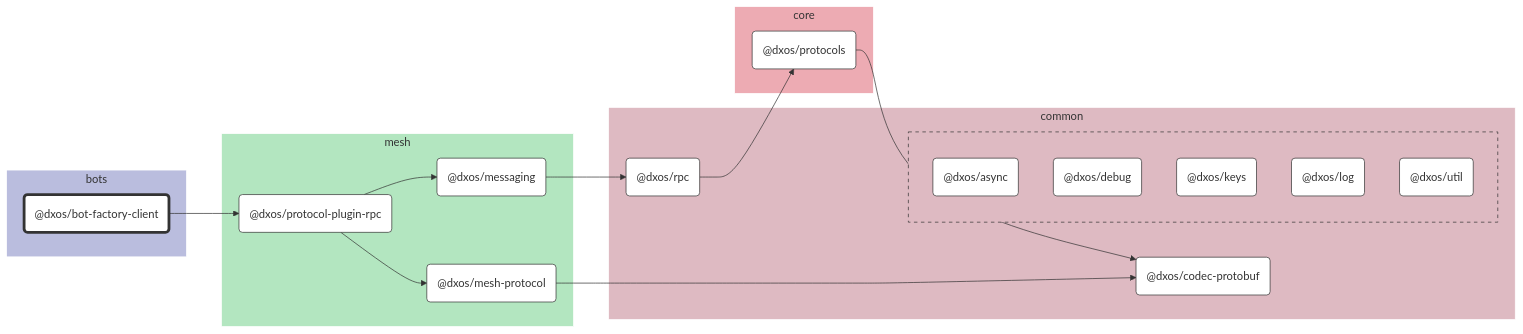
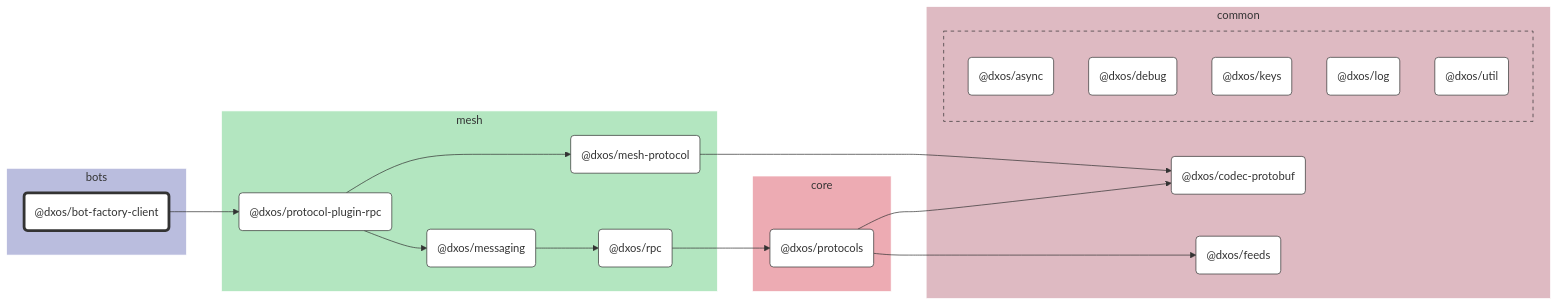
The diagram in packages/bots/bot-factory-client/docs/README.md (dxos/dxos), drawn with Mermaid before and after one commit. The commit also changed other lines of this file and 64 other files, not shown here.

````diff
--- a/packages/bots/bot-factory-client/docs/README.md
+++ b/packages/bots/bot-factory-client/docs/README.md
@@ -7,65 +7,68 @@
 ```mermaid
 %%{ init: {'flowchart':{'curve':'basis'}} }%%
 
 flowchart LR
 
 %% Classes
 classDef def fill:#fff,stroke:#333,stroke-width:1px
 classDef root fill:#fff,stroke:#333,stroke-width:4px
 
 %% Nodes
 
 subgraph bots [bots]
   style bots fill:#babdde,stroke:#fff
   dxos/bot-factory-client("@dxos/bot-factory-client"):::root
   click dxos/bot-factory-client "dxos/dxos/tree/main/packages/bots/bot-factory-client/docs"
 end
 
 subgraph common [common]
   style common fill:#debac2,stroke:#fff
   dxos/codec-protobuf("@dxos/codec-protobuf"):::def
   click dxos/codec-protobuf "dxos/dxos/tree/main/packages/common/codec-protobuf/docs"
-  dxos/rpc("@dxos/rpc"):::def
-  click dxos/rpc "dxos/dxos/tree/main/packages/core/mesh/rpc/docs"
+  dxos/feeds("@dxos/feeds"):::def
+  click dxos/feeds "dxos/dxos/tree/main/packages/common/feeds/docs"
 
   subgraph common-excluded [ ]
     style common-excluded fill:#debac2,stroke:#333,stroke-dasharray:5 5
     dxos/async("@dxos/async"):::def
     click dxos/async "dxos/dxos/tree/main/packages/common/async/docs"
     dxos/debug("@dxos/debug"):::def
     click dxos/debug "dxos/dxos/tree/main/packages/common/debug/docs"
     dxos/keys("@dxos/keys"):::def
     click dxos/keys "dxos/dxos/tree/main/packages/common/keys/docs"
     dxos/log("@dxos/log"):::def
     click dxos/log "dxos/dxos/tree/main/packages/common/log/docs"
     dxos/util("@dxos/util"):::def
     click dxos/util "dxos/dxos/tree/main/packages/common/util/docs"
   end
 end
 
 subgraph mesh [mesh]
   style mesh fill:#b3e6c0,stroke:#fff
   dxos/protocol-plugin-rpc("@dxos/protocol-plugin-rpc"):::def
   click dxos/protocol-plugin-rpc "dxos/dxos/tree/main/packages/core/mesh/protocol-plugin-rpc/docs"
   dxos/messaging("@dxos/messaging"):::def
   click dxos/messaging "dxos/dxos/tree/main/packages/core/mesh/messaging/docs"
+  dxos/rpc("@dxos/rpc"):::def
+  click dxos/rpc "dxos/dxos/tree/main/packages/core/mesh/rpc/docs"
   dxos/mesh-protocol("@dxos/mesh-protocol"):::def
   click dxos/mesh-protocol "dxos/dxos/tree/main/packages/core/mesh/mesh-protocol/docs"
 end
 
 subgraph core [core]
   style core fill:#edabb3,stroke:#fff
   dxos/protocols("@dxos/protocols"):::def
   click dxos/protocols "dxos/dxos/tree/main/packages/core/protocols/docs"
 end
 
 %% Links
 linkStyle default stroke:#333,stroke-width:1px
 dxos/bot-factory-client --> dxos/protocol-plugin-rpc
 dxos/protocol-plugin-rpc --> dxos/messaging
 dxos/protocols --> dxos/codec-protobuf
+dxos/protocols --> dxos/feeds
 dxos/messaging --> dxos/rpc
 dxos/rpc --> dxos/protocols
 dxos/protocol-plugin-rpc --> dxos/mesh-protocol
 dxos/mesh-protocol --> dxos/codec-protobuf
 ```
````
